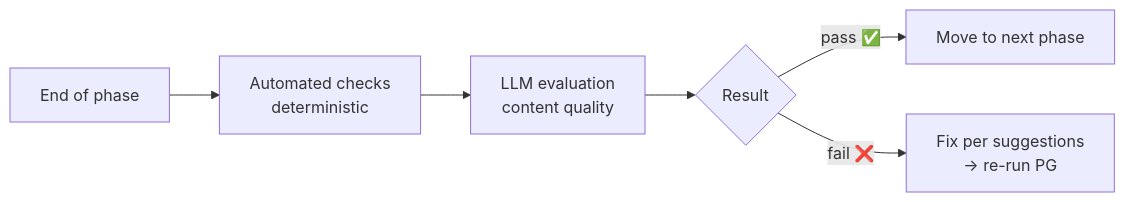
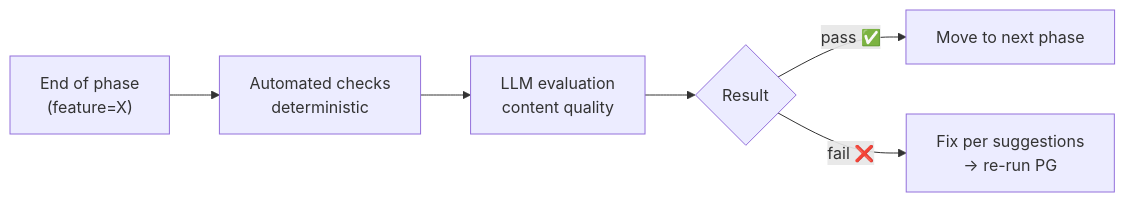
One commit to hanh9898/waterfall-bmad-method changed the second of 7 diagrams in docs/en/explanation/concepts.md. Above: the diagram before and after it, drawn with Mermaid. The commit also changed other lines of this file and 29 other files, not shown here.

````diff
--- a/docs/en/explanation/concepts.md
+++ b/docs/en/explanation/concepts.md
@@ -46,8 +81,8 @@
 ```mermaid
 flowchart LR
-    A[End of phase] --> B[Automated checks<br/>deterministic]
+    A["End of phase<br/>(feature=X)"] --> B[Automated checks<br/>deterministic]
     B --> C[LLM evaluation<br/>content quality]
     C --> D{Result}
     D -->|pass ✅| E[Move to next phase]
     D -->|fail ❌| F[Fix per suggestions<br/>→ re-run PG]
 ```
````
